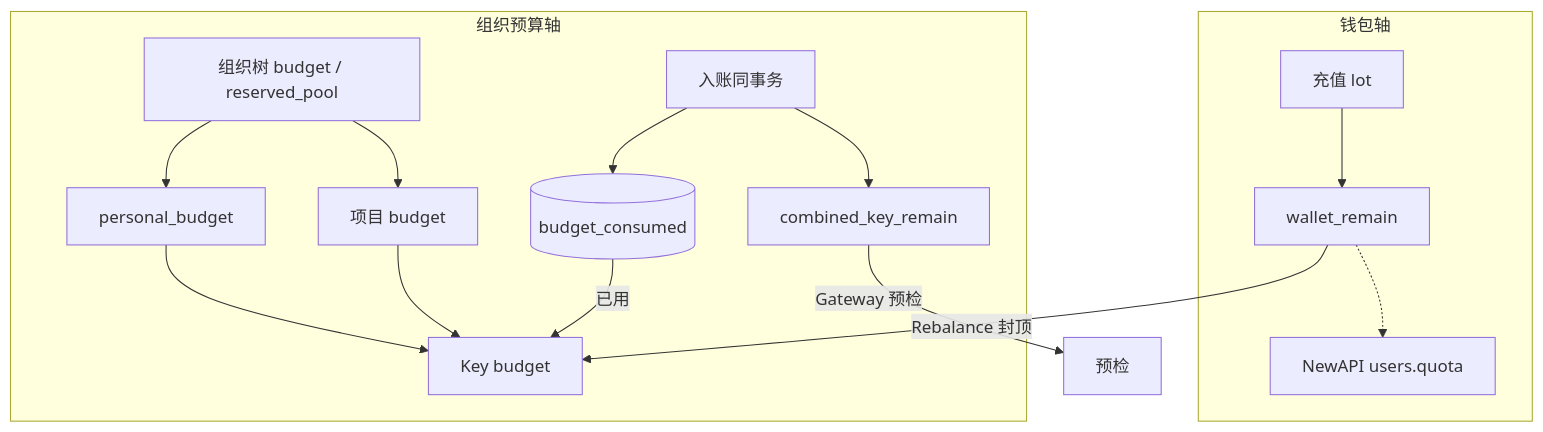
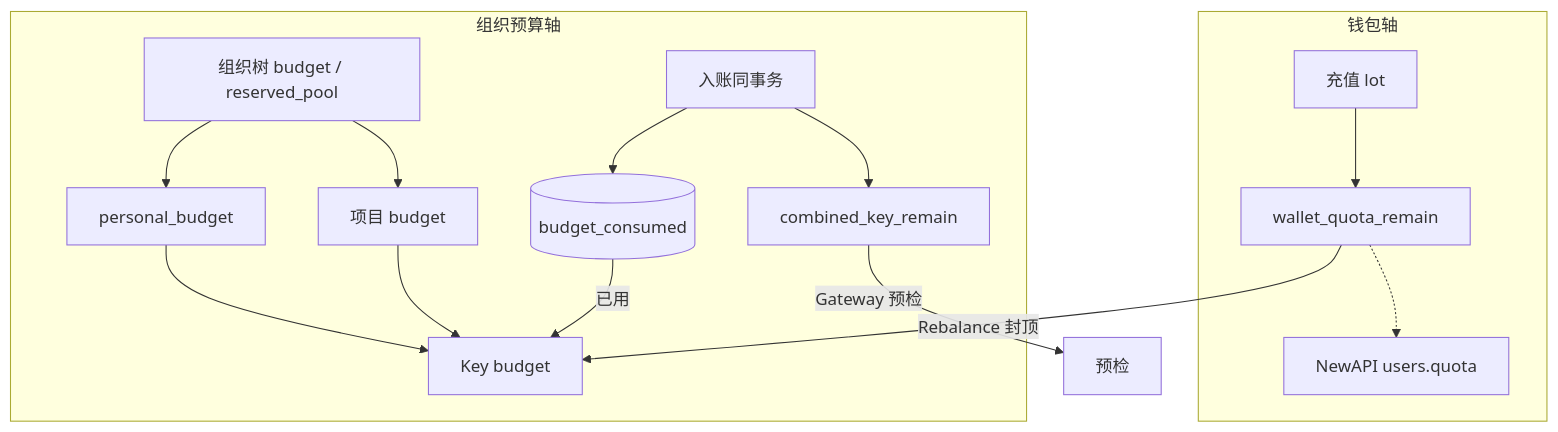
One commit to quyip8818/mytokenjoy changed the second of 10 diagrams in docs/Backend-预算.md. Above: the diagram before and after it, drawn with Mermaid. The commit also changed other lines of this file and 43 other files, not shown here.

Commit message:
rename wallet_remain → wallet_quota_remain

````diff
--- a/docs/Backend-预算.md
+++ b/docs/Backend-预算.md
@@ -64,21 +64,21 @@
 ```mermaid
 flowchart TB
   subgraph wallet [钱包轴]
-    LOT[充值 lot] --> BAL[wallet_remain]
+    LOT[充值 lot] --> BAL[wallet_quota_remain]
     BAL -.-> NA_W[NewAPI users.quota]
   end
 
   subgraph org [组织预算轴]
     TREE[组织树 budget / reserved_pool]
     TREE --> MEM[personal_budget]
     TREE --> BG[项目 budget]
     MEM & BG --> PK[Key budget]
     SNAP[(budget_consumed)]
     ING[入账同事务] --> SNAP
     ING --> CK[combined_key_remain]
   end
 
   BAL -->|Rebalance 封顶| PK
   SNAP -->|已用| PK
   CK -->|Gateway 预检| GW[预检]
 ```
````
